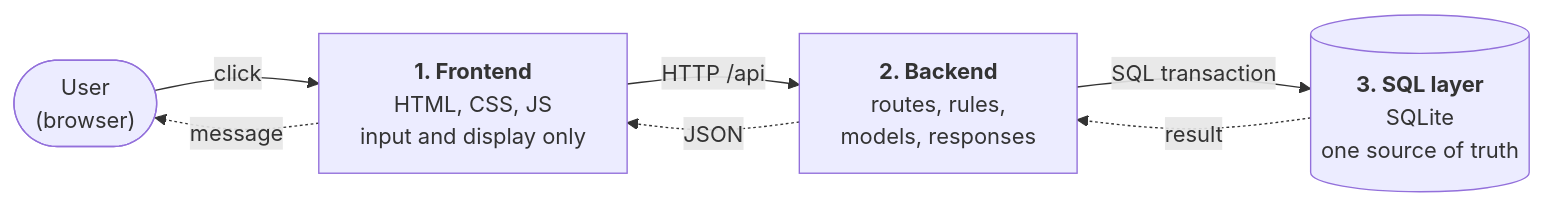
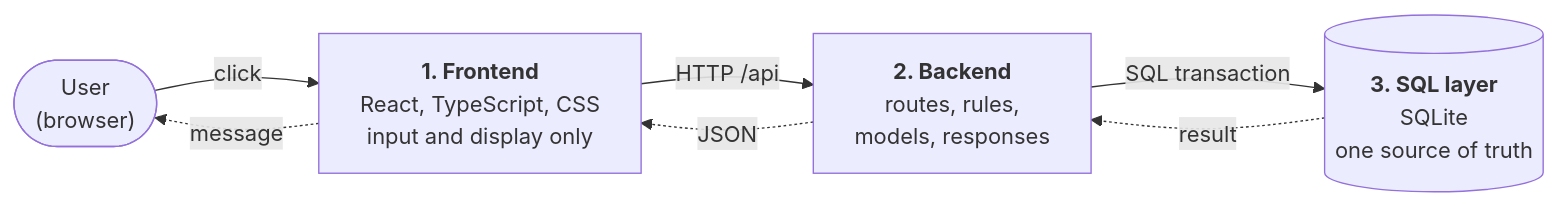
One commit to YinLuo2903/BTM495_project changed the first of 3 diagrams in README.md. Above: the diagram before and after it, drawn with Mermaid. The commit also changed other lines of this file and 65 other files, not shown here.

First line of the commit message:
feat: migrate frontend to Vite + React/TypeScript with login sessions

````diff
--- a/README.md
+++ b/README.md
@@ -5,14 +5,14 @@
 ```mermaid
 flowchart LR
     U(["User<br/>(browser)"])
-    FE["<b>1. Frontend</b><br/>HTML, CSS, JS<br/>input and display only"]
+    FE["<b>1. Frontend</b><br/>React, TypeScript, CSS<br/>input and display only"]
     BE["<b>2. Backend</b><br/>routes, rules,<br/>models, responses"]
     DB[("<b>3. SQL layer</b><br/>SQLite<br/>one source of truth")]
 
     U -- "click" --> FE
     FE -- "HTTP /api" --> BE
     BE -- "SQL transaction" --> DB
     DB -. "result" .-> BE
     BE -. "JSON" .-> FE
     FE -. "message" .-> U
 ```
````
